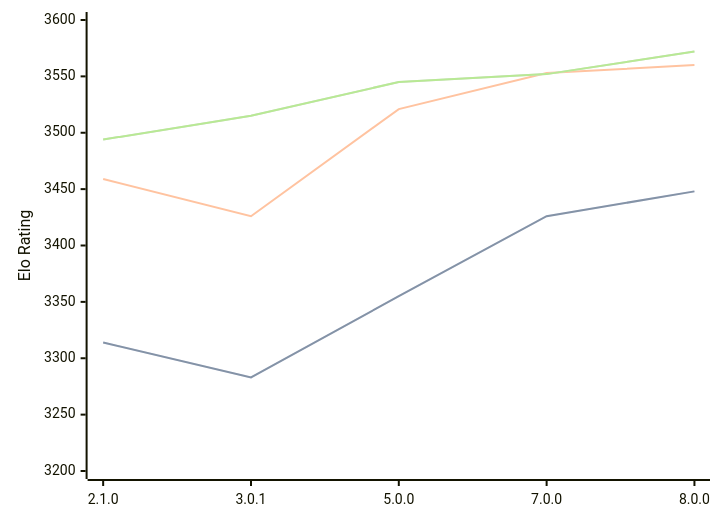
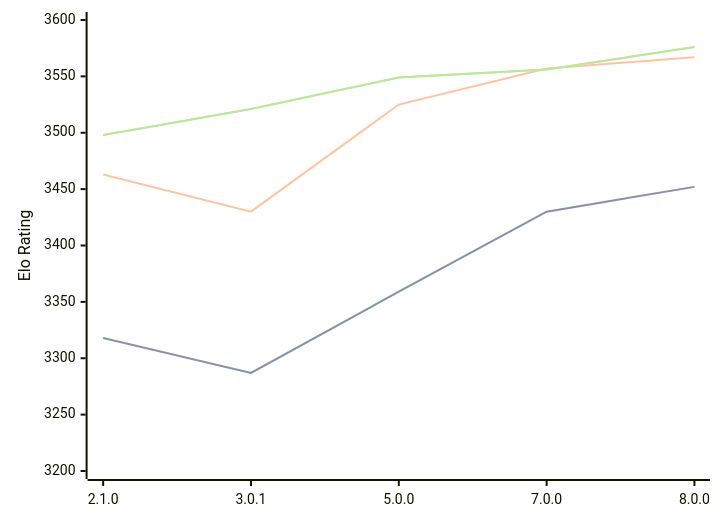
The diagram in engines/PlentyChess.md (computer-chess-index/cci), drawn with Mermaid before and after one commit. The commit also changed other lines of this file, not shown here.

Commit message:
Update CCI Ratings (ELO VLTC) - 2026-08-18

````diff
--- a/engines/PlentyChess.md
+++ b/engines/PlentyChess.md
@@ -37,11 +37,11 @@
 ```mermaid
 %%{init: {"theme":"base","themeVariables":{"seriesColors:['#a3a3a3','#222221','#faa371']}}}%%
 xychart-beta
   x-axis ["2.1.0", "3.0.1", "5.0.0", "7.0.0", "8.0.0"]
   y-axis "Elo Rating" 3200 --> 3600
-  line "STC (8.0+0.08s)" [3314, 3283, 3355, 3426, 3448]
-  line "STC (8.0+0.08s)" [3314, 3283, 3355, 3426, 3448]
-  line "LTC (60.0+0.60s)" [3459, 3426, 3521, 3553, 3560]
-  line "VLTC (2m24s+1.12s)" [3494, 3515, 3545, 3552, 3572]
-  line "VLTC (2m24s+1.12s)" [3494, 3515, 3545, 3552, 3572]
+  line "STC (8.0+0.08s)" [3318, 3287, 3359, 3430, 3452]
+  line "STC (8.0+0.08s)" [3318, 3287, 3359, 3430, 3452]
+  line "LTC (60.0+0.60s)" [3463, 3430, 3525, 3557, 3567]
+  line "VLTC (2m24s+1.12s)" [3498, 3521, 3549, 3556, 3576]
+  line "VLTC (2m24s+1.12s)" [3498, 3521, 3549, 3556, 3576]
 ```
````
